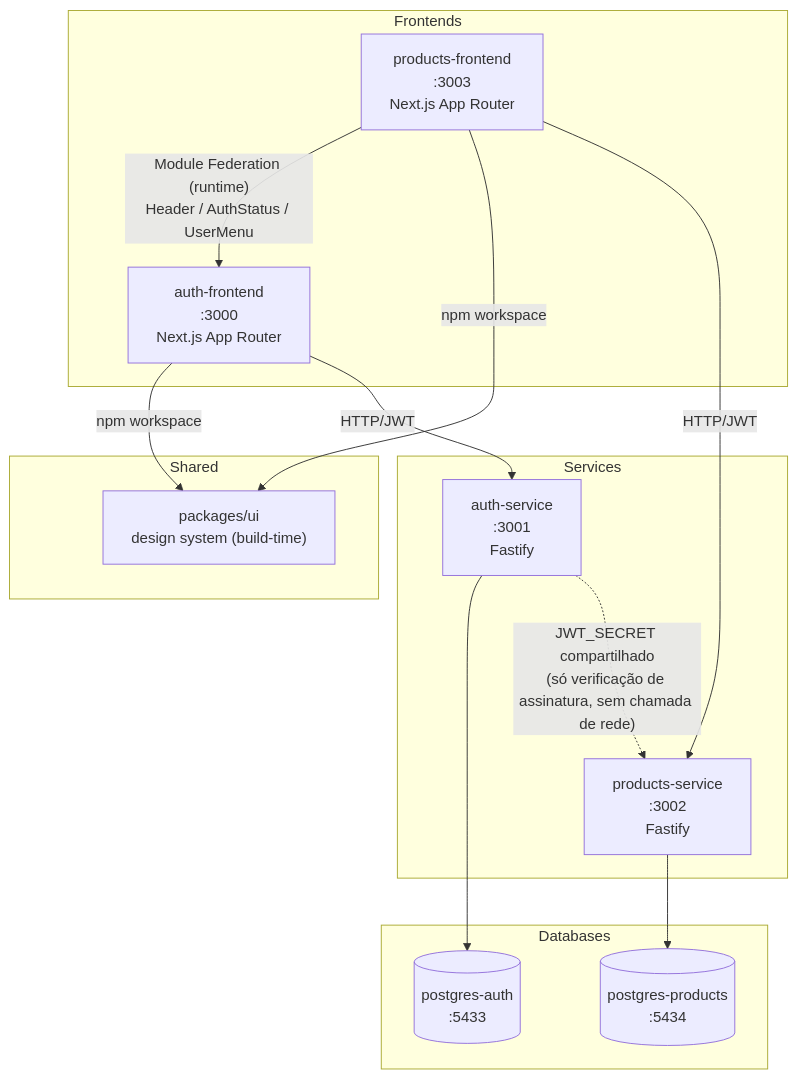
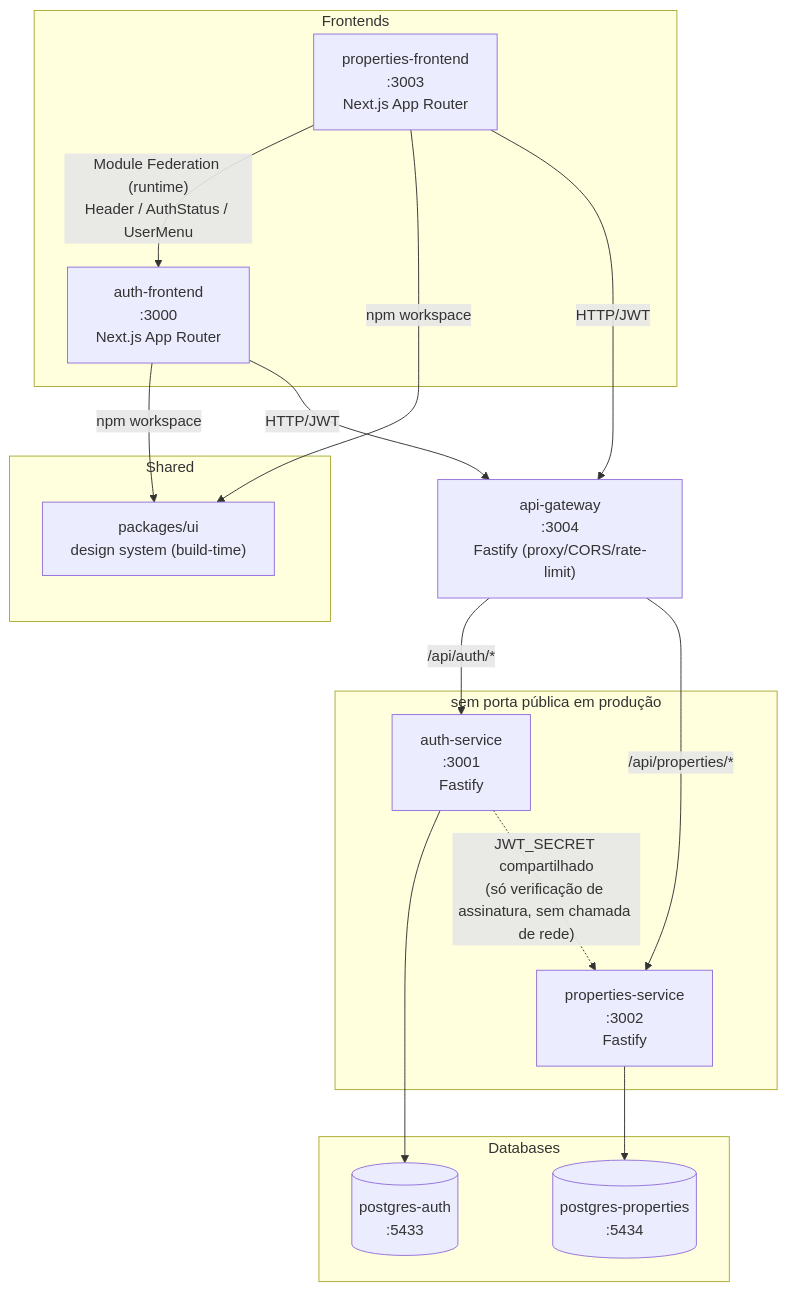
One commit to LucasLevingston/ImobCore changed the diagram in README.md. Above: the diagram before and after it, drawn with Mermaid. The commit also changed other lines of this file and 12 other files, not shown here.

First line of the commit message:
refactor: pivot domain from generic products to real-estate properties

````diff
--- a/README.md
+++ b/README.md
@@ -9,33 +9,37 @@
 ```mermaid
 graph TB
     subgraph Frontends
         AF["auth-frontend<br/>:3000<br/>Next.js App Router"]
-        PF["products-frontend<br/>:3003<br/>Next.js App Router"]
+        PF["properties-frontend<br/>:3003<br/>Next.js App Router"]
     end
 
     subgraph Shared
         UI["packages/ui<br/>design system (build-time)"]
     end
 
-    subgraph Services
+    GW["api-gateway<br/>:3004<br/>Fastify (proxy/CORS/rate-limit)"]
+
+    subgraph Services["sem porta pública em produção"]
         AS["auth-service<br/>:3001<br/>Fastify"]
-        PS["products-service<br/>:3002<br/>Fastify"]
+        PS["properties-service<br/>:3002<br/>Fastify"]
     end
 
     subgraph Databases
         DBA[("postgres-auth<br/>:5433")]
-        DBP[("postgres-products<br/>:5434")]
+        DBP[("postgres-properties<br/>:5434")]
     end
 
     PF -- "Module Federation (runtime)<br/>Header / AuthStatus / UserMenu" --> AF
     AF -- npm workspace --> UI
     PF -- npm workspace --> UI
 
-    AF -- "HTTP/JWT" --> AS
-    PF -- "HTTP/JWT" --> PS
+    AF -- "HTTP/JWT" --> GW
+    PF -- "HTTP/JWT" --> GW
+    GW -- "/api/auth/*" --> AS
+    GW -- "/api/properties/*" --> PS
 
     AS --> DBA
     PS --> DBP
 
     AS -. "JWT_SECRET compartilhado<br/>(só verificação de assinatura, sem chamada de rede)" .-> PS
 ```
````
